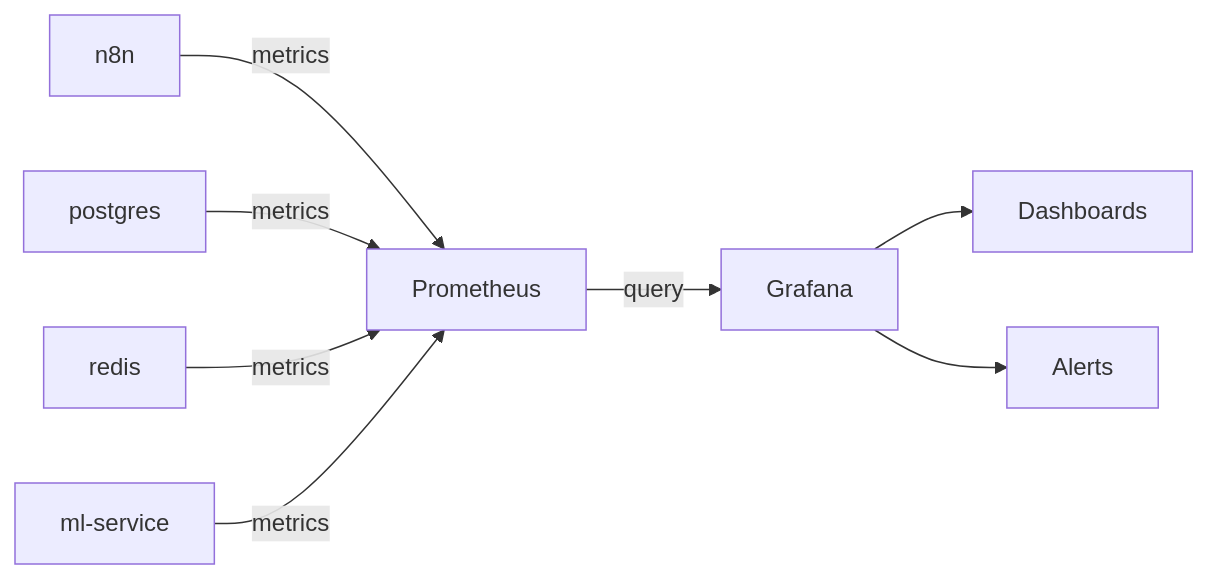
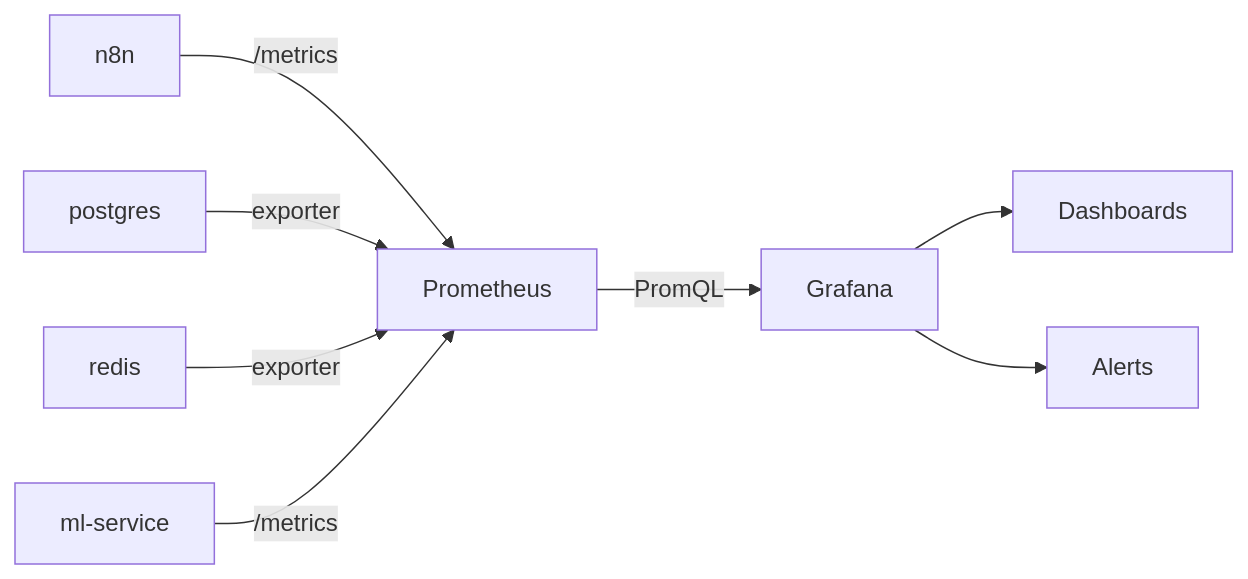
The seventh of 7 diagrams in ARCHITECTURE.md (KomarovAI/n8n-scraper-docker), drawn with Mermaid before and after one commit. The commit also changed other lines of this file, not shown here.

Commit message:
perf: optimize ARCHITECTURE.md for AI (50% reduction, keep diagrams)

````diff
--- a/ARCHITECTURE.md
+++ b/ARCHITECTURE.md
@@ -191,10 +187,10 @@
 ```mermaid
 graph LR
-    n8n --> |metrics| P[Prometheus]
-    postgres --> |metrics| P
-    redis --> |metrics| P
-    ml-service --> |metrics| P
-    P --> |query| G[Grafana]
+    n8n --> |/metrics| P[Prometheus]
+    postgres --> |exporter| P
+    redis --> |exporter| P
+    ml-service --> |/metrics| P
+    P --> |PromQL| G[Grafana]
     G --> Dashboards
     G --> Alerts
 ```
````
